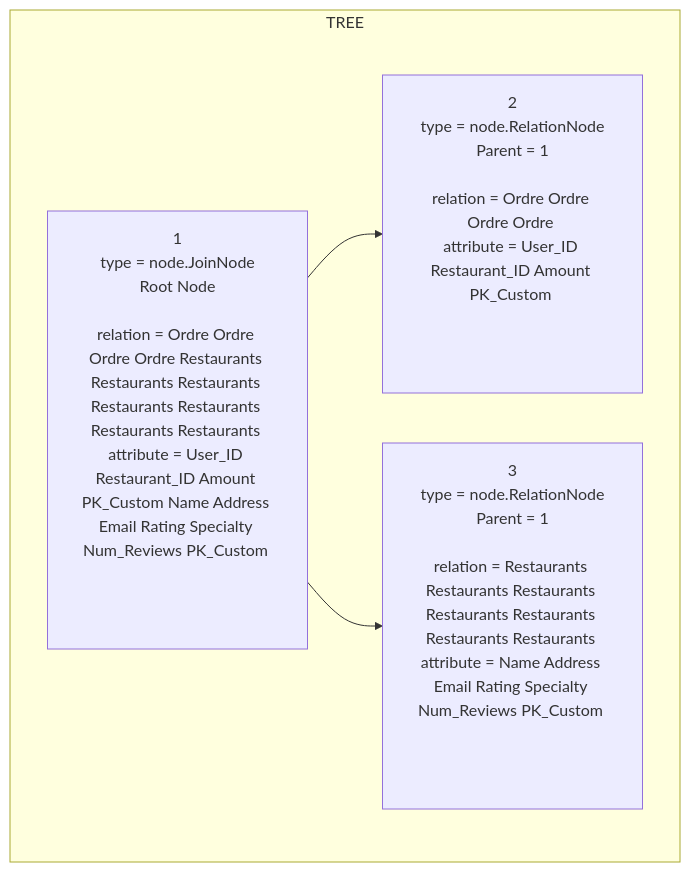
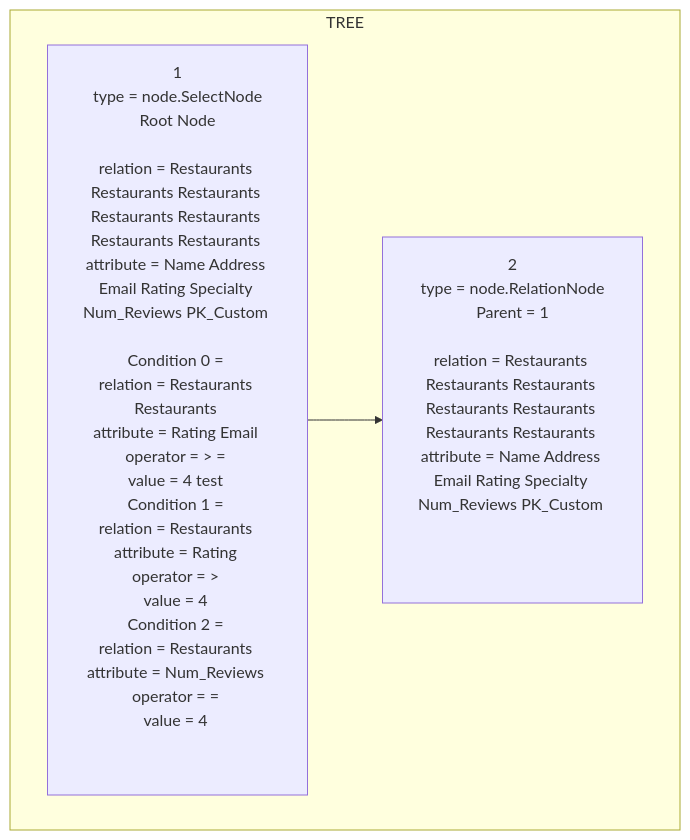
Before and after one commit to krtikgrg/Distributed_Database_System: the diagram in phase2/src/selection_optimized.md, drawn with Mermaid. The commit also changed 9 other files, not shown here.

````diff
--- a/phase2/src/selection_optimized.md
+++ b/phase2/src/selection_optimized.md
@@ -1,10 +1,8 @@
 ```mermaid
 graph TD
 subgraph TREE
-1[1<br/>type = node.JoinNode<br/>Root Node<br/><br/>relation = Ordre Ordre Ordre Ordre Restaurants Restaurants Restaurants Restaurants Restaurants Restaurants Restaurants <br/>attribute = User_ID Restaurant_ID Amount PK_Custom Name Address Email Rating Specialty Num_Reviews PK_Custom <br/><br/><br/><br/>]
-2[2<br/>type = node.RelationNode<br/>Parent = 1<br/><br/>relation = Ordre Ordre Ordre Ordre <br/>attribute = User_ID Restaurant_ID Amount PK_Custom <br/><br/><br/><br/>]
+1[1<br/>type = node.SelectNode<br/>Root Node<br/><br/>relation = Restaurants Restaurants Restaurants Restaurants Restaurants Restaurants Restaurants <br/>attribute = Name Address Email Rating Specialty Num_Reviews PK_Custom <br/><br/>Condition 0 = <br/>relation = Restaurants Restaurants <br/>attribute = Rating Email <br/>operator = > = <br/>value = 4 test <br/>Condition 1 = <br/>relation = Restaurants <br/>attribute = Rating <br/>operator = > <br/>value = 4 <br/>Condition 2 = <br/>relation = Restaurants <br/>attribute = Num_Reviews <br/>operator = = <br/>value = 4 <br/><br/><br/>]
+2[2<br/>type = node.RelationNode<br/>Parent = 1<br/><br/>relation = Restaurants Restaurants Restaurants Restaurants Restaurants Restaurants Restaurants <br/>attribute = Name Address Email Rating Specialty Num_Reviews PK_Custom <br/><br/><br/><br/>]
 1-->2
-3[3<br/>type = node.RelationNode<br/>Parent = 1<br/><br/>relation = Restaurants Restaurants Restaurants Restaurants Restaurants Restaurants Restaurants <br/>attribute = Name Address Email Rating Specialty Num_Reviews PK_Custom <br/><br/><br/><br/>]
-1-->3
 end
 ```
````
